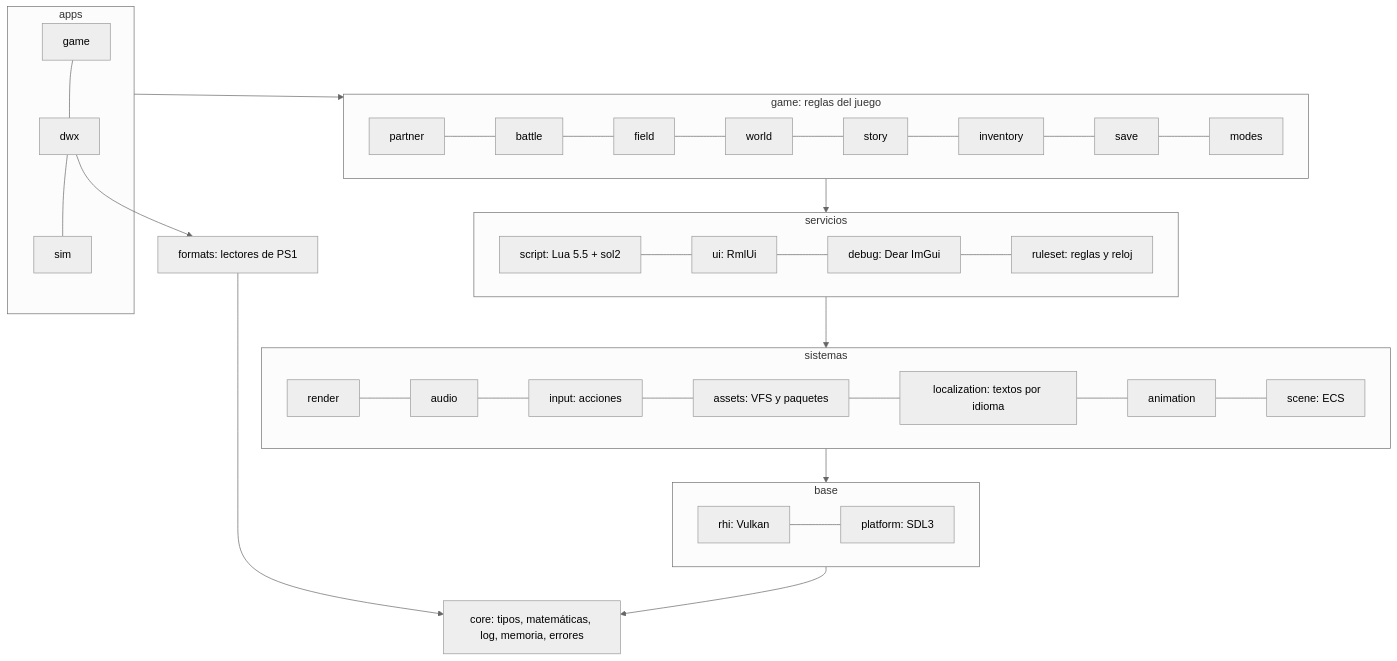
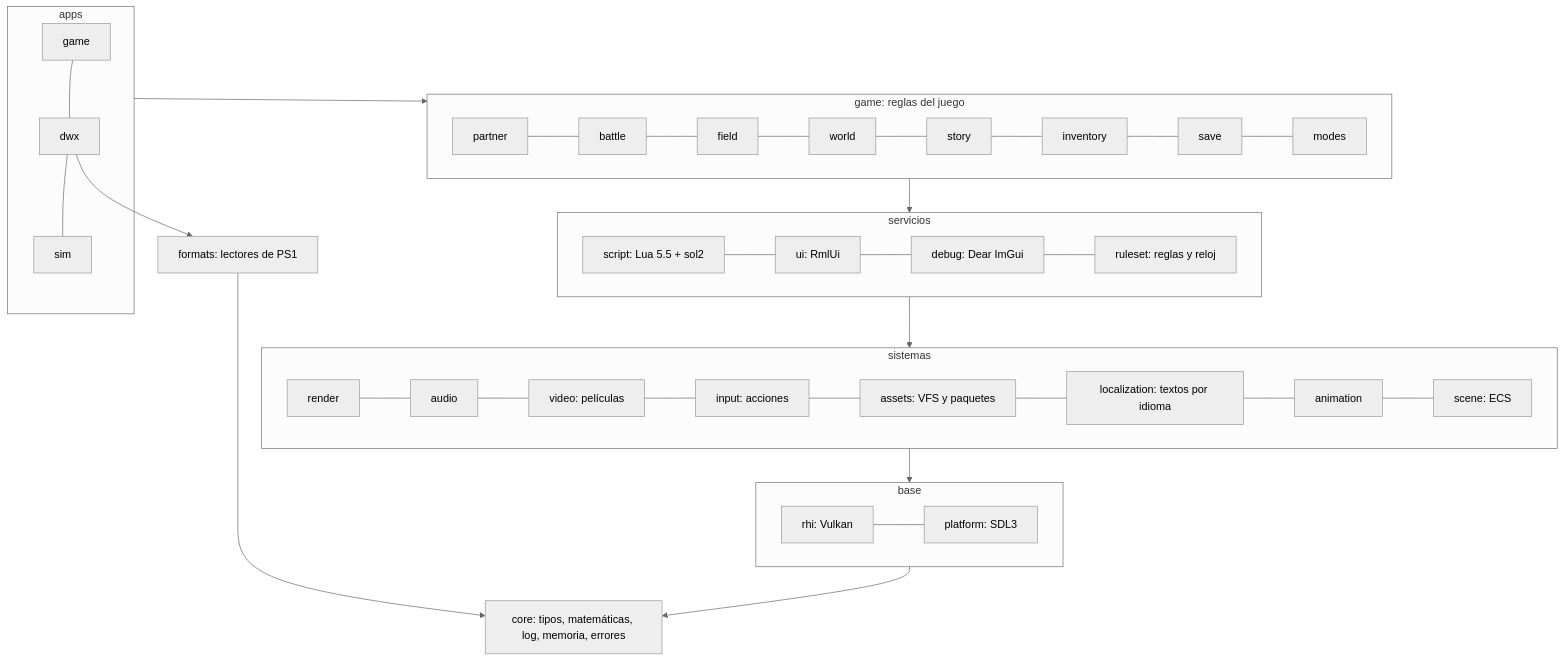
The second of 2 diagrams in docs/architecture/overview.md (Indie-Modding-Games/dw-engine), drawn with Mermaid (neutral theme) before and after one commit. The commit also changed other lines of this file and 21 other files, not shown here.

````diff
--- a/docs/architecture/overview.md
+++ b/docs/architecture/overview.md
@@ -48,23 +48,23 @@
 ```mermaid
 flowchart TB
     subgraph apps[apps]
         game_app[game] --- dwx[dwx] --- sim[sim]
     end
     subgraph gameplay[game: reglas del juego]
         partner --- battle --- field --- world --- story --- inventory --- save --- modes
     end
     subgraph services[servicios]
         script[script: Lua 5.5 + sol2] --- ui[ui: RmlUi] --- debug[debug: Dear ImGui] --- ruleset[ruleset: reglas y reloj]
     end
     subgraph systems[sistemas]
-        render --- audio --- input[input: acciones] --- assets[assets: VFS y paquetes] --- localization[localization: textos por idioma] --- animation --- scene[scene: ECS]
+        render --- audio --- video[video: películas] --- input[input: acciones] --- assets[assets: VFS y paquetes] --- localization[localization: textos por idioma] --- animation --- scene[scene: ECS]
     end
     subgraph base[base]
         rhi[rhi: Vulkan] --- platform[platform: SDL3]
     end
     core[core: tipos, matemáticas, log, memoria, errores]
     formats[formats: lectores de PS1]
 
     apps --> gameplay --> services --> systems --> base --> core
     dwx --> formats --> core
 ```
````
